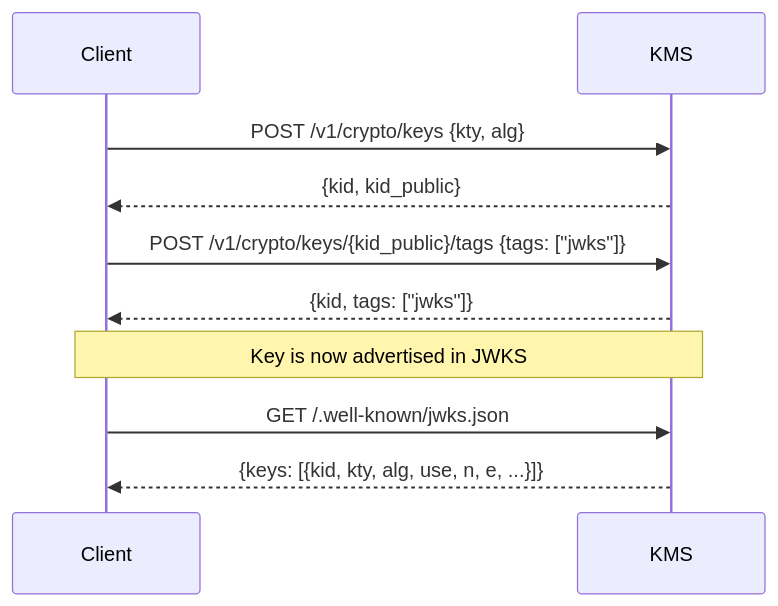
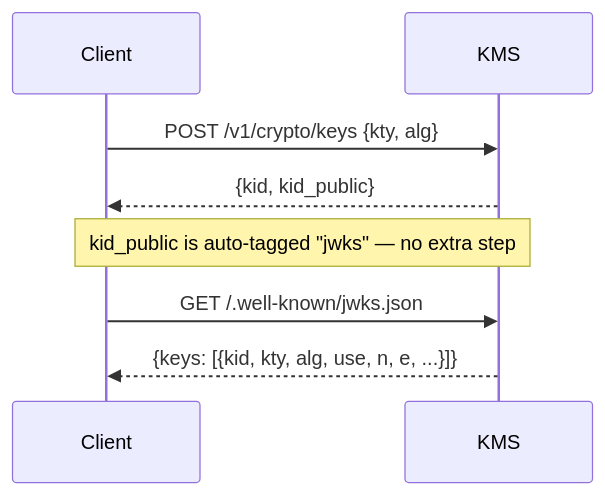
One commit to Cosmian/kms changed the diagram in documentation/docs/integrations/jose/jwks_key_selection.md. Above: the diagram before and after it, drawn with Mermaid. The commit also changed other lines of this file, not shown here.

Commit message:
feat: add config flag to disable JWKS auto-tagging

````diff
--- a/documentation/docs/integrations/jose/jwks_key_selection.md
+++ b/documentation/docs/integrations/jose/jwks_key_selection.md
@@ -18,16 +19,14 @@
 ```mermaid
 sequenceDiagram
     participant Client
     participant KMS
 
     Client->>KMS: POST /v1/crypto/keys  {kty, alg}
     KMS-->>Client: {kid, kid_public}
 
-    Client->>KMS: POST /v1/crypto/keys/{kid_public}/tags  {tags: ["jwks"]}
-    KMS-->>Client: {kid, tags: ["jwks"]}
-
-    Note over Client,KMS: Key is now advertised in JWKS
+    Note over Client,KMS: kid_public is auto-tagged "jwks" — no extra step
 
     Client->>KMS: GET /.well-known/jwks.json
     KMS-->>Client: {keys: [{kid, kty, alg, use, n, e, ...}]}
+
 ```
````
